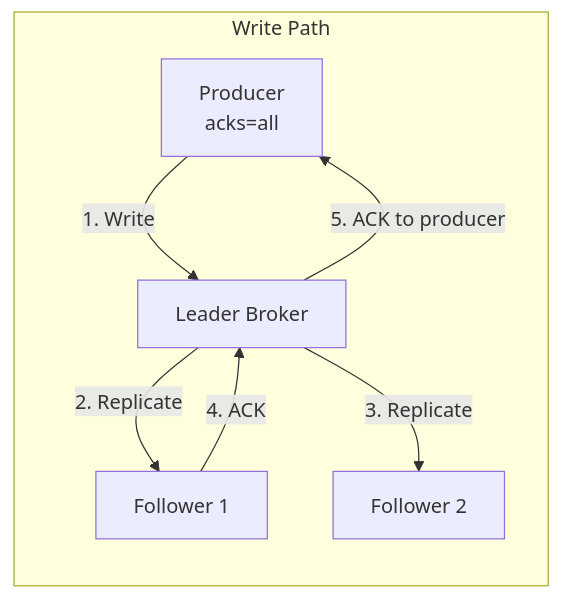
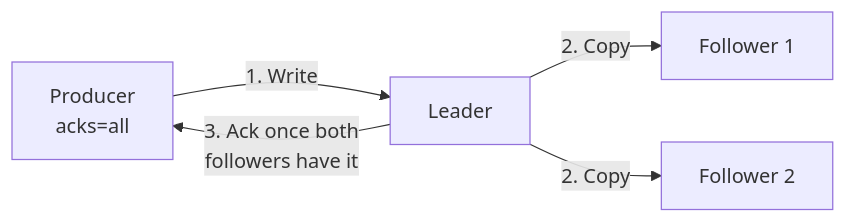
One commit to bmscomp/kates changed the second of 2 diagrams in docs/book/03-cluster.md. Above: the diagram before and after it, drawn with Mermaid. The commit also changed other lines of this file, not shown here.

````diff
--- a/docs/book/03-cluster.md
+++ b/docs/book/03-cluster.md
@@ -99,10 +138,10 @@
 ```mermaid
+%%| label: fig-cluster-acks-all-write
+%%| fig-cap: "On a healthy krafter, the leader acknowledges an acks=all write only once both followers have copied it."
+%%| fig-alt: "Flowchart from left to right. A producer using acks=all sends a write to the partition's leader. Follower 1 and follower 2 each copy the record from the leader. The leader then acknowledges the write to the producer, once both followers have it."
 graph LR
-    subgraph Write Path
-        P[Producer<br/>acks=all] -->|1. Write| L[Leader Broker]
-        L -->|2. Replicate| F1[Follower 1]
-        L -->|3. Replicate| F2[Follower 2]
-        F1 -->|4. ACK| L
-        L -->|5. ACK to producer| P
-    end
+    P["Producer<br/>acks=all"] -->|"1. Write"| L["Leader"]
+    L -->|"2. Copy"| F1["Follower 1"]
+    L -->|"2. Copy"| F2["Follower 2"]
+    L -->|"3. Ack once both<br/>followers have it"| P
 ```
````
